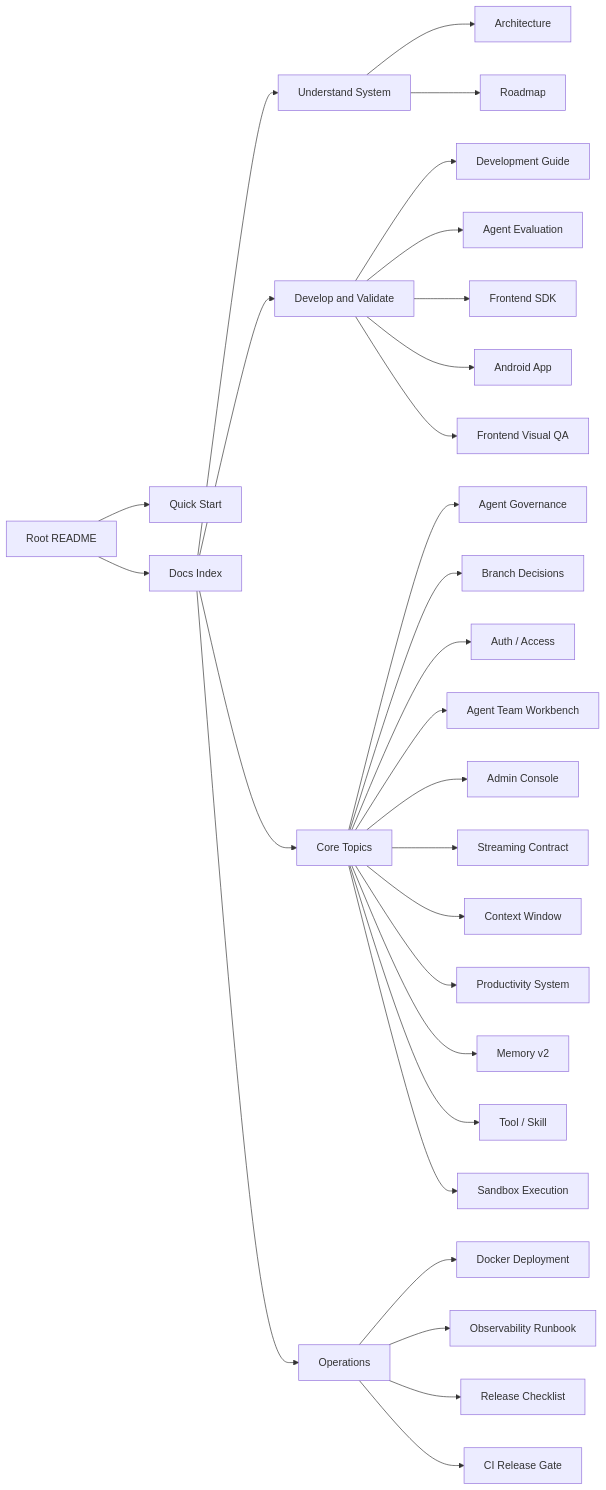
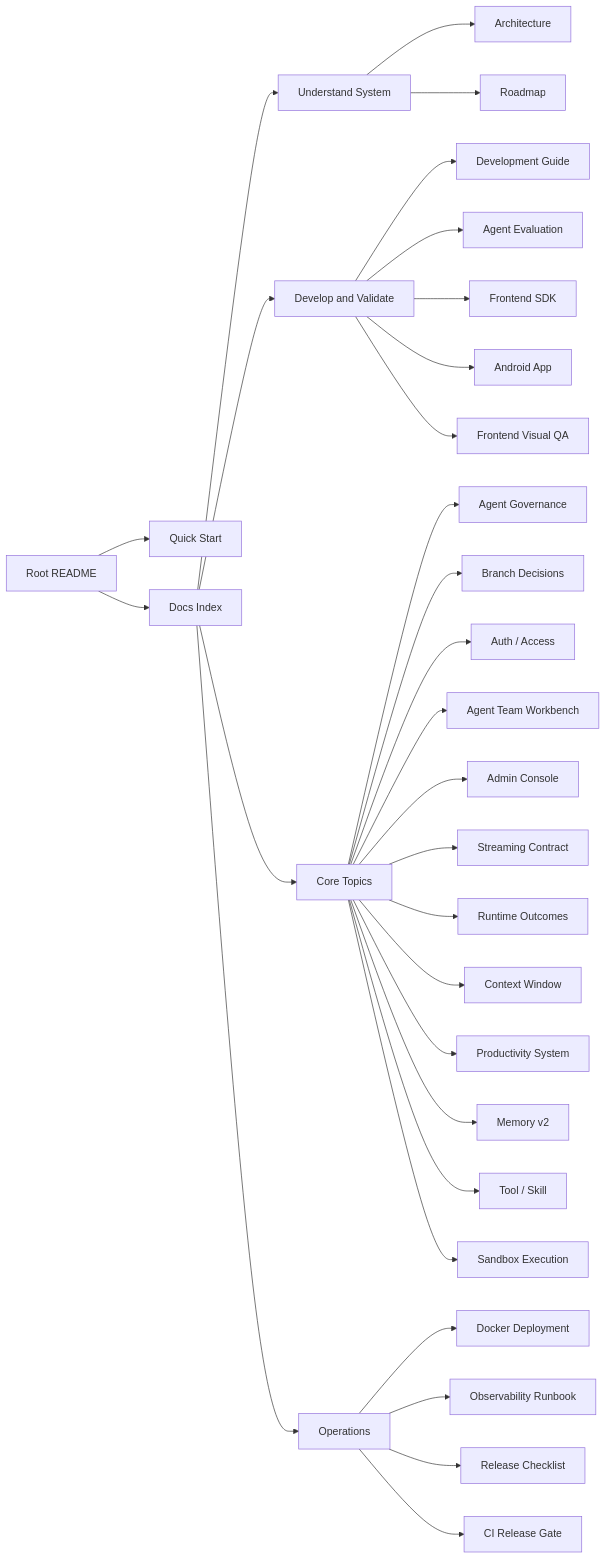
The diagram in docs/README.md (William-zgx/focus-agent), drawn with Mermaid before and after one commit. The commit also changed other lines of this file and 47 other files, not shown here.

````diff
--- a/docs/README.md
+++ b/docs/README.md
@@ -9,31 +9,32 @@
 ```mermaid
 flowchart LR
     README["Root README"] --> Quick["Quick Start"]
     README --> Docs["Docs Index"]
     Docs --> Understand["Understand System"]
     Docs --> Develop["Develop and Validate"]
     Docs --> Topics["Core Topics"]
     Docs --> Ops["Operations"]
     Understand --> Architecture["Architecture"]
     Understand --> Roadmap["Roadmap"]
     Develop --> DevGuide["Development Guide"]
     Develop --> EvalGuide["Agent Evaluation"]
     Develop --> SDK["Frontend SDK"]
     Develop --> Android["Android App"]
     Develop --> FrontendQA["Frontend Visual QA"]
     Topics --> Governance["Agent Governance"]
     Topics --> BranchDecision["Branch Decisions"]
     Topics --> AuthAccess["Auth / Access"]
     Topics --> AgentTeam["Agent Team Workbench"]
     Topics --> Admin["Admin Console"]
     Topics --> Streaming["Streaming Contract"]
+    Topics --> Outcomes["Runtime Outcomes"]
     Topics --> ContextWindow["Context Window"]
     Topics --> Productivity["Productivity System"]
     Topics --> Memory["Memory v2"]
     Topics --> Tools["Tool / Skill"]
     Topics --> Sandbox["Sandbox Execution"]
     Ops --> Docker["Docker Deployment"]
     Ops --> Observability["Observability Runbook"]
     Ops --> Release["Release Checklist"]
     Ops --> CIGate["CI Release Gate"]
 ```
````
